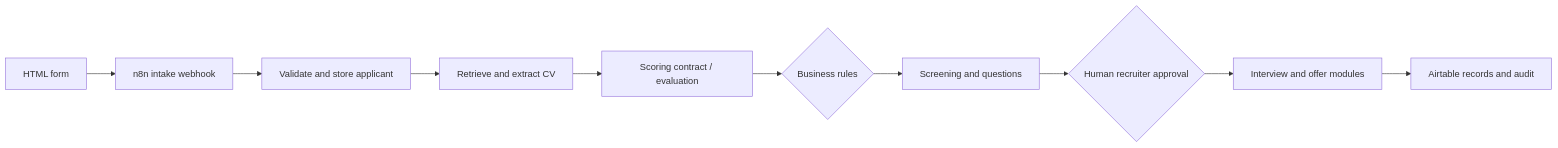
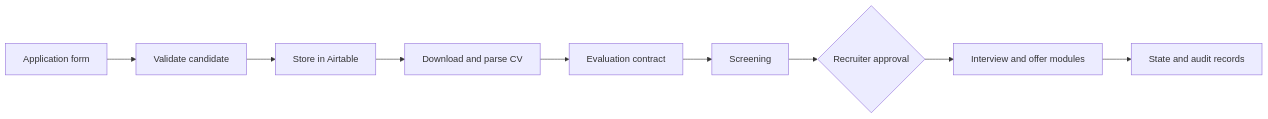
The diagram in README.md (graceomolola001-cmyk/group-8-ai-recruitment-orchestrator), drawn with Mermaid before and after one commit. The commit also changed other lines of this file, not shown here.

````diff
--- a/README.md
+++ b/README.md
@@ -38,12 +38,11 @@
 ```mermaid
 flowchart LR
- A[HTML form] --> B[n8n intake webhook]
- B --> C[Validate and store applicant]
- C --> D[Retrieve and extract CV]
- D --> E[Scoring contract / evaluation]
- E --> F{Business rules}
- F --> G[Screening and questions]
- G --> H{Human recruiter approval}
- H --> I[Interview and offer modules]
- I --> J[Airtable records and audit]
+    A[Application form] --> B[Validate candidate]
+    B --> C[Store in Airtable]
+    C --> D[Download and parse CV]
+    D --> E[Evaluation contract]
+    E --> F[Screening]
+    F --> G{Recruiter approval}
+    G --> H[Interview and offer modules]
+    H --> I[State and audit records]
 ```
````
